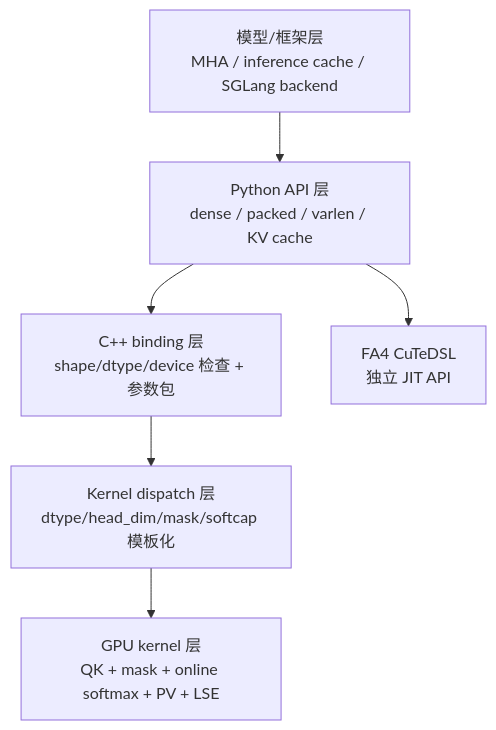
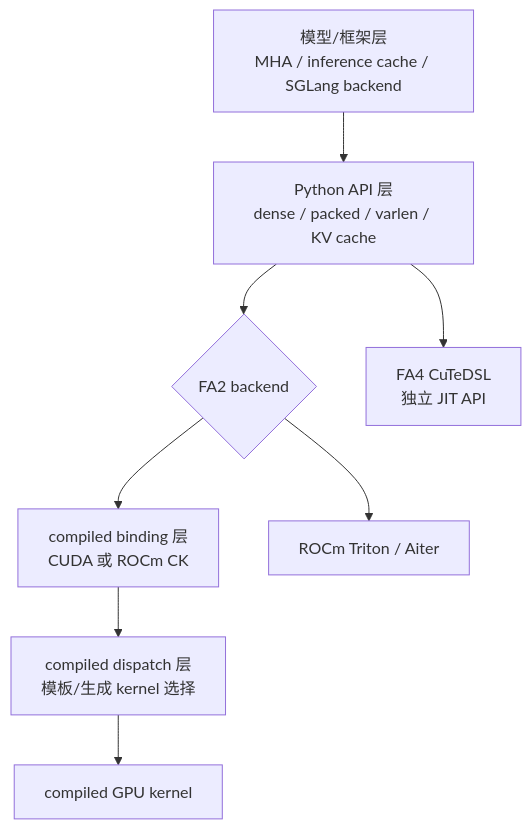
Before and after one commit to OnlyHero5/sglang-reading-vault: the diagram in flash-attn_reading/导读与总览/FlashAttention-架构分层.md, drawn with Mermaid. The commit also changed other lines of this file and 512 other files, not shown here.

````diff
--- a/flash-attn_reading/导读与总览/FlashAttention-架构分层.md
+++ b/flash-attn_reading/导读与总览/FlashAttention-架构分层.md
@@ -26,11 +26,15 @@
 ```mermaid
 flowchart TB
     L1["模型/框架层<br/>MHA / inference cache / SGLang backend"]
     L2["Python API 层<br/>dense / packed / varlen / KV cache"]
-    L3["C++ binding 层<br/>shape/dtype/device 检查 + 参数包"]
-    L4["Kernel dispatch 层<br/>dtype/head_dim/mask/softcap 模板化"]
-    L5["GPU kernel 层<br/>QK + mask + online softmax + PV + LSE"]
+    R{"FA2 backend"}
+    L3["compiled binding 层<br/>CUDA 或 ROCm CK"]
+    L4["compiled dispatch 层<br/>模板/生成 kernel 选择"]
+    L5["compiled GPU kernel"]
+    T["ROCm Triton / Aiter"]
     L6["FA4 CuTeDSL<br/>独立 JIT API"]
-    L1 --> L2 --> L3 --> L4 --> L5
+    L1 --> L2 --> R
+    R --> L3 --> L4 --> L5
+    R --> T
     L2 --> L6
 ```
````
